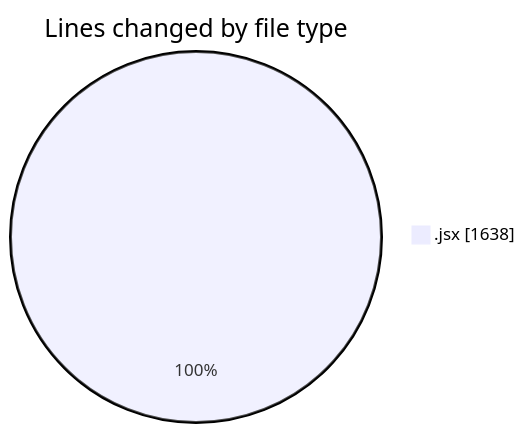
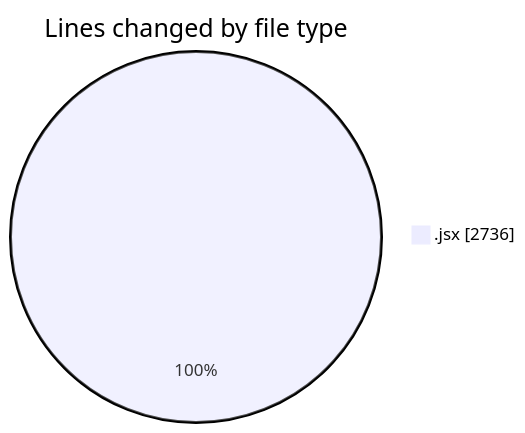
The first of 2 diagrams in 2025-11-18/nxtqube_webapp/README.md (nxtqubesakshisongat/code-tracking), drawn with Mermaid before and after one commit. The commit also changed other lines of this file and 1 other file, not shown here.

````diff
--- a/2025-11-18/nxtqube_webapp/README.md
+++ b/2025-11-18/nxtqube_webapp/README.md
@@ -22,5 +23,5 @@
 ```mermaid
 pie showData
 title Lines changed by file type
-".jsx" : 1638
+".jsx" : 2736
 ```
````
